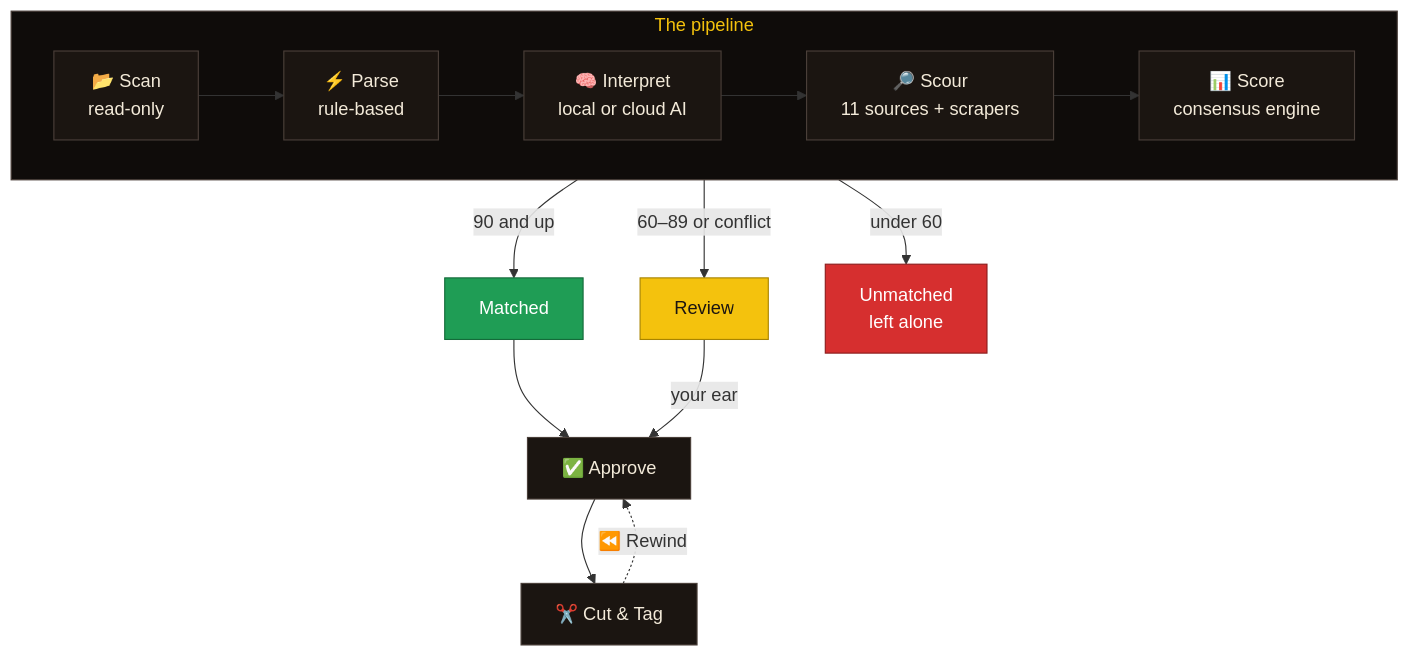
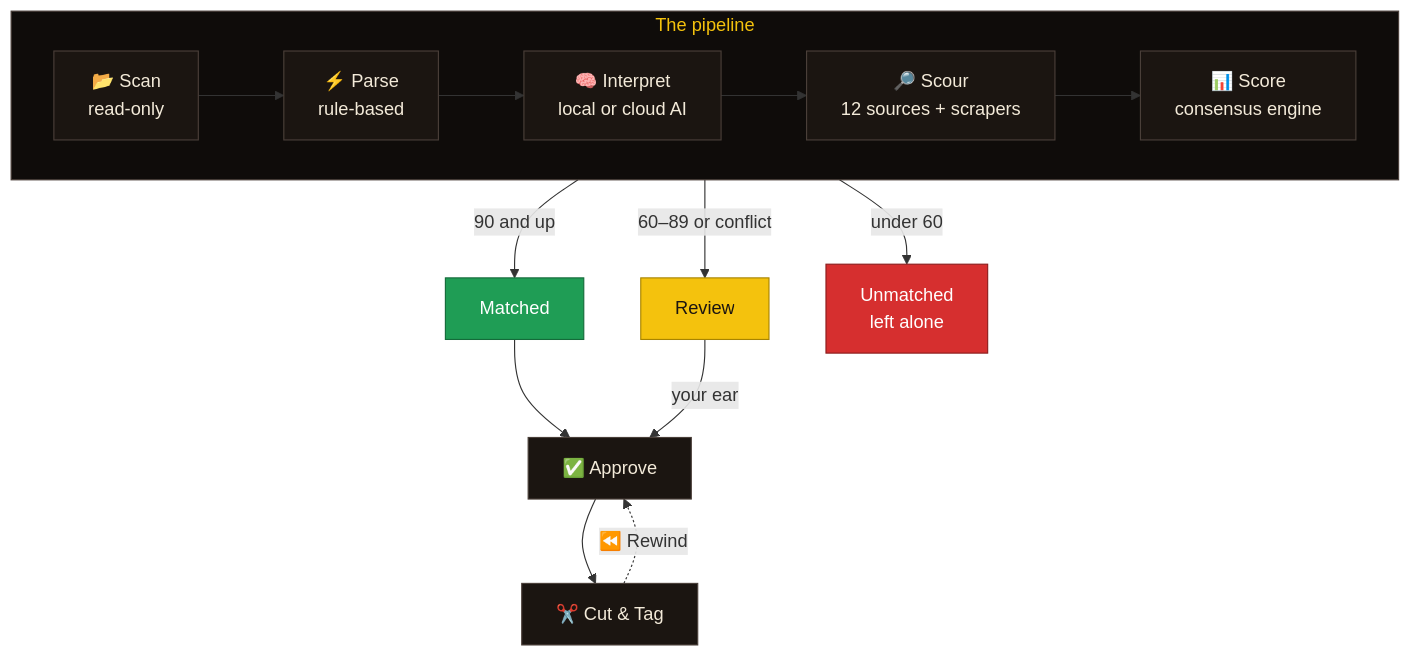
The diagram in README.md (sshahs/dubplate), drawn with Mermaid before and after one commit. The commit also changed other lines of this file and 16 other files, not shown here.

````diff
--- a/README.md
+++ b/README.md
@@ -67,24 +67,24 @@
 ```mermaid
 flowchart TB
   subgraph pipeline ["The pipeline"]
     direction LR
-    scan["📂 Scan<br/>read-only"] --> parse["⚡ Parse<br/>rule-based"] --> ai["🧠 Interpret<br/>local or cloud AI"] --> scour["🔎 Scour<br/>11 sources + scrapers"] --> score["📊 Score<br/>consensus engine"]
+    scan["📂 Scan<br/>read-only"] --> parse["⚡ Parse<br/>rule-based"] --> ai["🧠 Interpret<br/>local or cloud AI"] --> scour["🔎 Scour<br/>12 sources + scrapers"] --> score["📊 Score<br/>consensus engine"]
   end
   pipeline -->|"90 and up"| matched["Matched"]
   pipeline -->|"60–89 or conflict"| review["Review"]
   pipeline -->|"under 60"| unmatched["Unmatched<br/>left alone"]
   matched --> approve["✅ Approve"]
   review -->|"your ear"| approve
   approve --> cut["✂️ Cut & Tag"]
   cut -.->|"⏪ Rewind"| approve
 
   classDef base fill:#1b1511,stroke:#4a3f39,color:#f3ead9
   classDef green fill:#1f9d55,stroke:#146b3a,color:#ffffff
   classDef gold fill:#f4c20d,stroke:#a88400,color:#1b1511
   classDef red fill:#d62f2f,stroke:#8c1d1d,color:#ffffff
   class scan,parse,ai,scour,score,approve,cut base
   class matched green
   class review gold
   class unmatched red
   style pipeline fill:#0f0c0a,stroke:#4a3f39,color:#f4c20d
 ```
````
